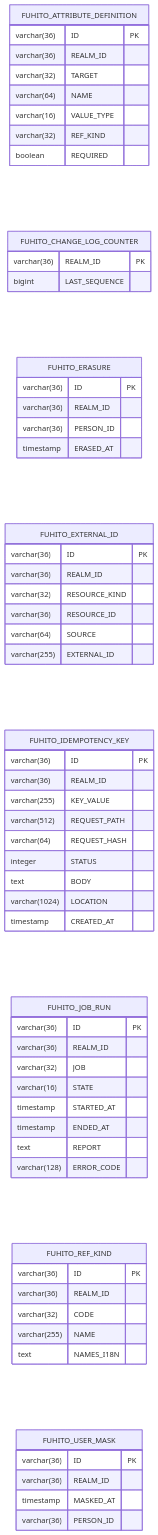
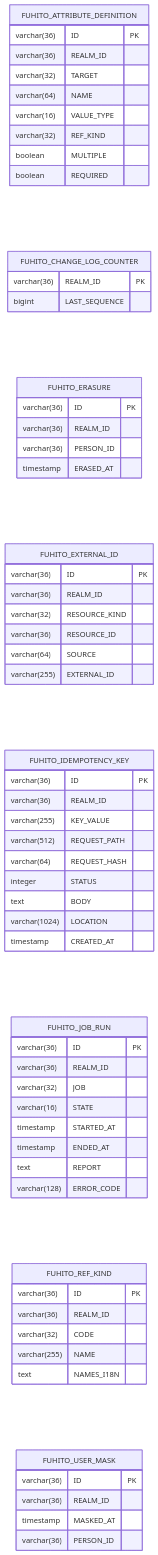
Before and after one commit to exoego/keycloak-fuhito: the second of 2 diagrams in docs/schema.md, drawn with Mermaid. The commit also changed 39 other files, not shown here.

````diff
--- a/docs/schema.md
+++ b/docs/schema.md
@@ -228,65 +228,66 @@
 ```mermaid
 erDiagram
     direction LR
     FUHITO_ATTRIBUTE_DEFINITION {
         varchar(36) ID PK
         varchar(36) REALM_ID
         varchar(32) TARGET
         varchar(64) NAME
         varchar(16) VALUE_TYPE
         varchar(32) REF_KIND
+        boolean MULTIPLE
         boolean REQUIRED
     }
     FUHITO_CHANGE_LOG_COUNTER {
         varchar(36) REALM_ID PK
         bigint LAST_SEQUENCE
     }
     FUHITO_ERASURE {
         varchar(36) ID PK
         varchar(36) REALM_ID
         varchar(36) PERSON_ID
         timestamp ERASED_AT
     }
     FUHITO_EXTERNAL_ID {
         varchar(36) ID PK
         varchar(36) REALM_ID
         varchar(32) RESOURCE_KIND
         varchar(36) RESOURCE_ID
         varchar(64) SOURCE
         varchar(255) EXTERNAL_ID
     }
     FUHITO_IDEMPOTENCY_KEY {
         varchar(36) ID PK
         varchar(36) REALM_ID
         varchar(255) KEY_VALUE
         varchar(512) REQUEST_PATH
         varchar(64) REQUEST_HASH
         integer STATUS
         text BODY
         varchar(1024) LOCATION
         timestamp CREATED_AT
     }
     FUHITO_JOB_RUN {
         varchar(36) ID PK
         varchar(36) REALM_ID
         varchar(32) JOB
         varchar(16) STATE
         timestamp STARTED_AT
         timestamp ENDED_AT
         text REPORT
         varchar(128) ERROR_CODE
     }
     FUHITO_REF_KIND {
         varchar(36) ID PK
         varchar(36) REALM_ID
         varchar(32) CODE
         varchar(255) NAME
         text NAMES_I18N
     }
     FUHITO_USER_MASK {
         varchar(36) ID PK
         varchar(36) REALM_ID
         timestamp MASKED_AT
         varchar(36) PERSON_ID
     }
 ```
````
